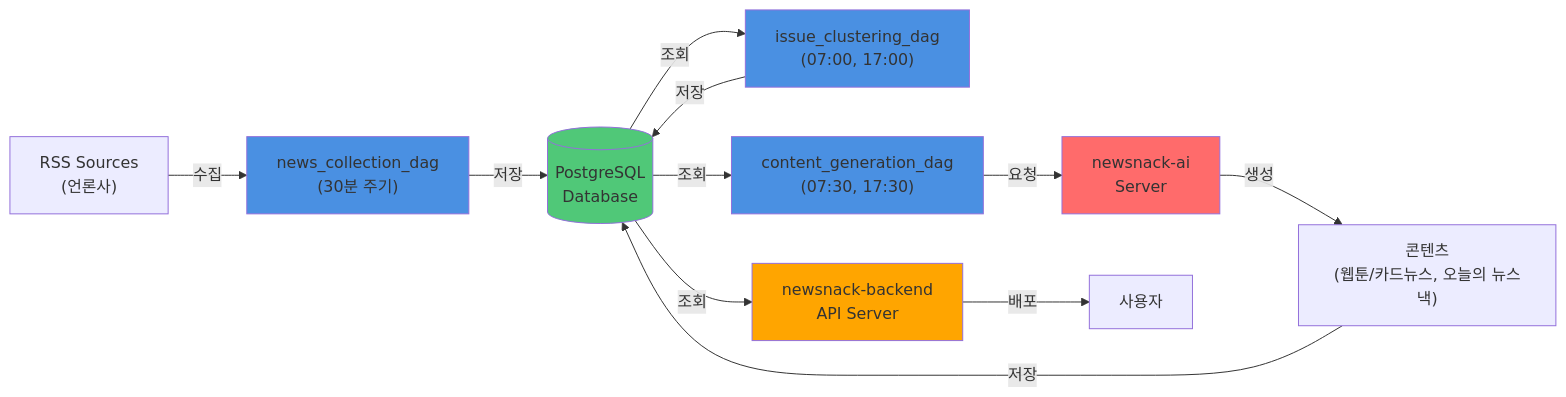
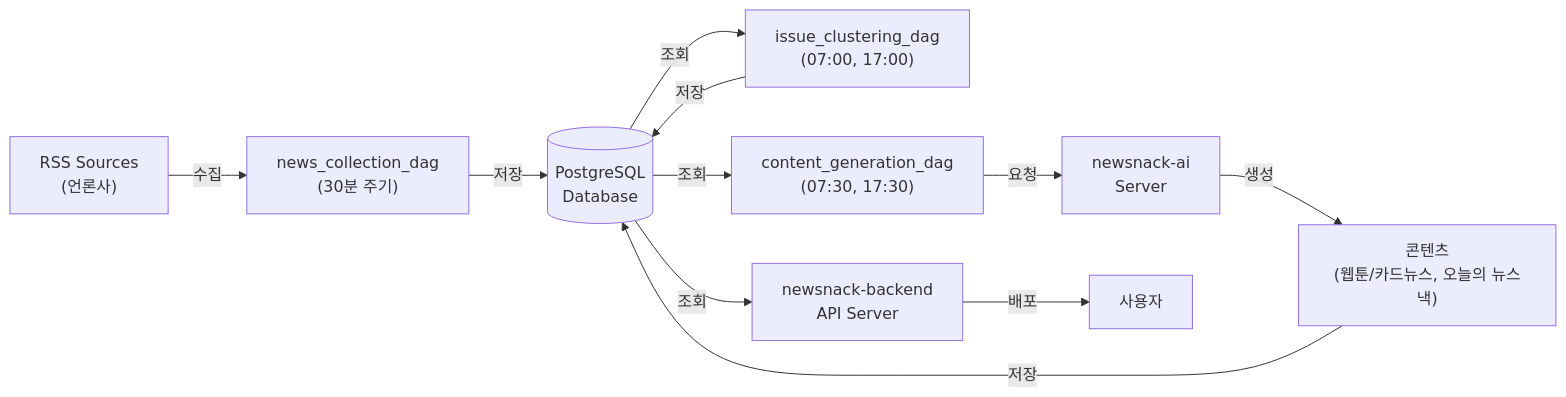
The diagram in README.md (team-leekim/newsnack-pipeline), drawn with Mermaid before and after one commit.

Commit message:
docs: readme 수정

````diff
--- a/README.md
+++ b/README.md
@@ -9,21 +9,13 @@
 ```mermaid
 graph LR
     A["RSS Sources<br/>(언론사)"] -->|수집| B["news_collection_dag<br/>(30분 주기)"]
     B -->|저장| D[("PostgreSQL<br/>Database")]
     D -->|조회| C["issue_clustering_dag<br/>(07:00, 17:00)"]
     C -->|저장| D
     D -->|조회| E["content_generation_dag<br/>(07:30, 17:30)"]
     E -->|요청| F["newsnack-ai<br/>Server"]
     F -->|생성| G["콘텐츠<br/>(웹툰/카드뉴스, 오늘의 뉴스낵)"]
     G -->|저장| D
     D -->|조회| H["newsnack-backend<br/>API Server"]
     H -->|배포| I["사용자"]
-    
-    style B fill:#4A90E2
-    style C fill:#4A90E2
-    style E fill:#4A90E2
-    style D fill:#50C878
-    style F fill:#FF6B6B
-    style H fill:#FFA500
-    
 ```
````
